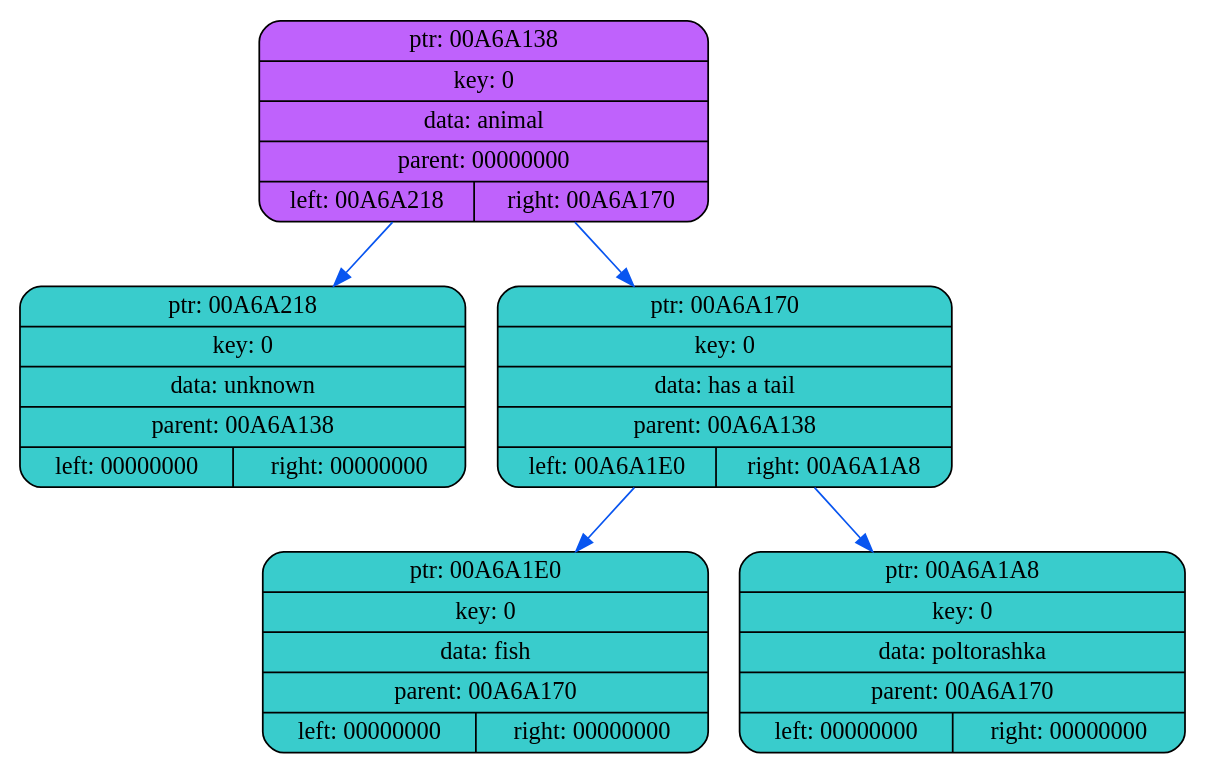
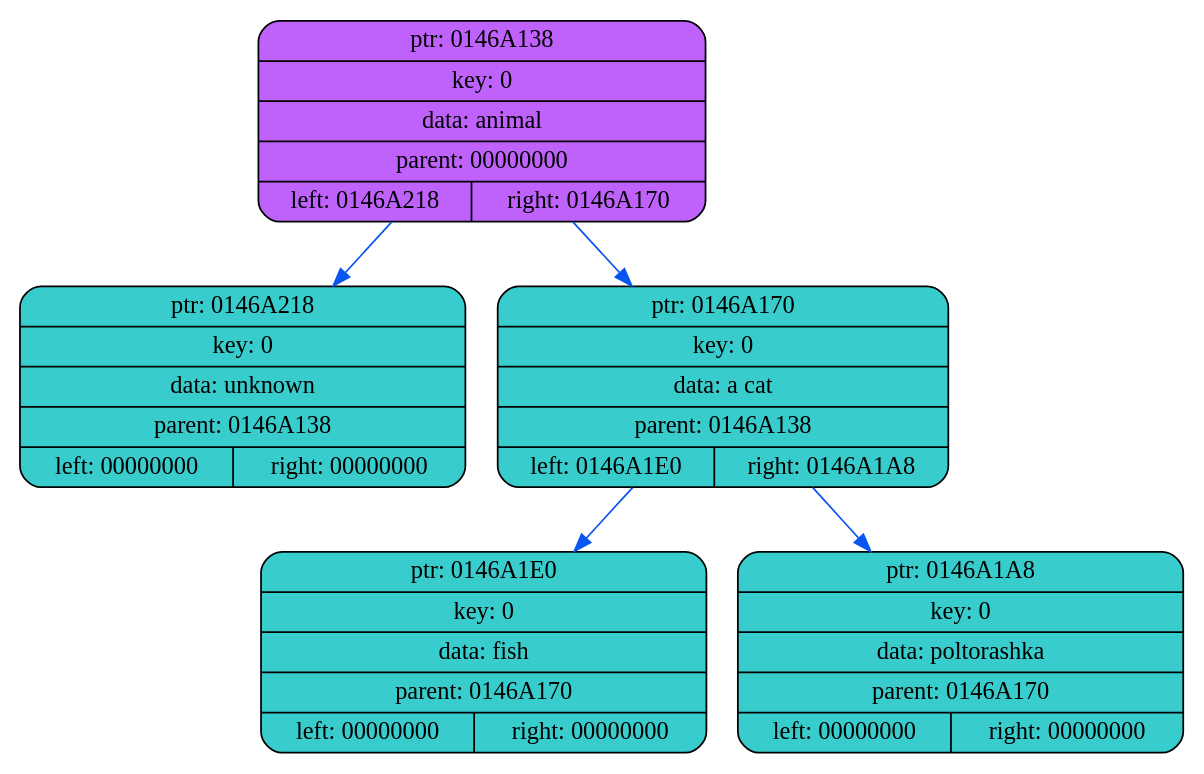
The diagram in dump/dump2.dot (coffee8cat/akinator), drawn with Graphviz before and after one commit. The commit also changed 18 other files, not shown here.

```diff
--- a/dump/dump2.dot
+++ b/dump/dump2.dot
@@ -1,14 +1,14 @@
 digraph
 {
     rankdir=TP
 
-        node00A6A138[shape=record,style="rounded,filled",fillcolor="#BF62FC",label="{ ptr: 00A6A138 | key: 0 | data: animal| parent: 00000000| { left: 00A6A218 | right: 00A6A170 }}"];
-    node00A6A138 -> node00A6A218[color="#0855F0"]
-    node00A6A218[shape=record,style="rounded,filled",fillcolor="#39CCCC",label="{ ptr: 00A6A218 | key: 0 | data: unknown| parent: 00A6A138 | { left: 00000000 | right: 00000000 }}"];
-    node00A6A138 -> node00A6A170[color="#0855F0"]
-    node00A6A170[shape=record,style="rounded,filled",fillcolor="#39CCCC",label="{ ptr: 00A6A170 | key: 0 | data: has a tail| parent: 00A6A138 | { left: 00A6A1E0 | right: 00A6A1A8 }}"];
-    node00A6A170 -> node00A6A1E0[color="#0855F0"]
-    node00A6A1E0[shape=record,style="rounded,filled",fillcolor="#39CCCC",label="{ ptr: 00A6A1E0 | key: 0 | data: fish| parent: 00A6A170 | { left: 00000000 | right: 00000000 }}"];
-    node00A6A170 -> node00A6A1A8[color="#0855F0"]
-    node00A6A1A8[shape=record,style="rounded,filled",fillcolor="#39CCCC",label="{ ptr: 00A6A1A8 | key: 0 | data: poltorashka| parent: 00A6A170 | { left: 00000000 | right: 00000000 }}"];
+        node0146A138[shape=record,style="rounded,filled",fillcolor="#BF62FC",label="{ ptr: 0146A138 | key: 0 | data: animal| parent: 00000000| { left: 0146A218 | right: 0146A170 }}"];
+    node0146A138 -> node0146A218[color="#0855F0"]
+    node0146A218[shape=record,style="rounded,filled",fillcolor="#39CCCC",label="{ ptr: 0146A218 | key: 0 | data: unknown| parent: 0146A138 | { left: 00000000 | right: 00000000 }}"];
+    node0146A138 -> node0146A170[color="#0855F0"]
+    node0146A170[shape=record,style="rounded,filled",fillcolor="#39CCCC",label="{ ptr: 0146A170 | key: 0 | data: a cat| parent: 0146A138 | { left: 0146A1E0 | right: 0146A1A8 }}"];
+    node0146A170 -> node0146A1E0[color="#0855F0"]
+    node0146A1E0[shape=record,style="rounded,filled",fillcolor="#39CCCC",label="{ ptr: 0146A1E0 | key: 0 | data: fish| parent: 0146A170 | { left: 00000000 | right: 00000000 }}"];
+    node0146A170 -> node0146A1A8[color="#0855F0"]
+    node0146A1A8[shape=record,style="rounded,filled",fillcolor="#39CCCC",label="{ ptr: 0146A1A8 | key: 0 | data: poltorashka| parent: 0146A170 | { left: 00000000 | right: 00000000 }}"];
 }
```
